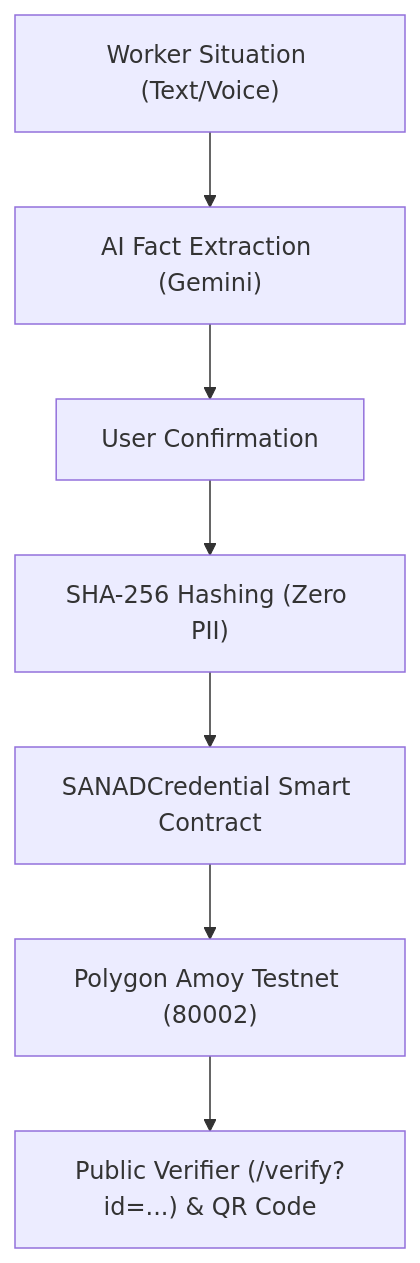
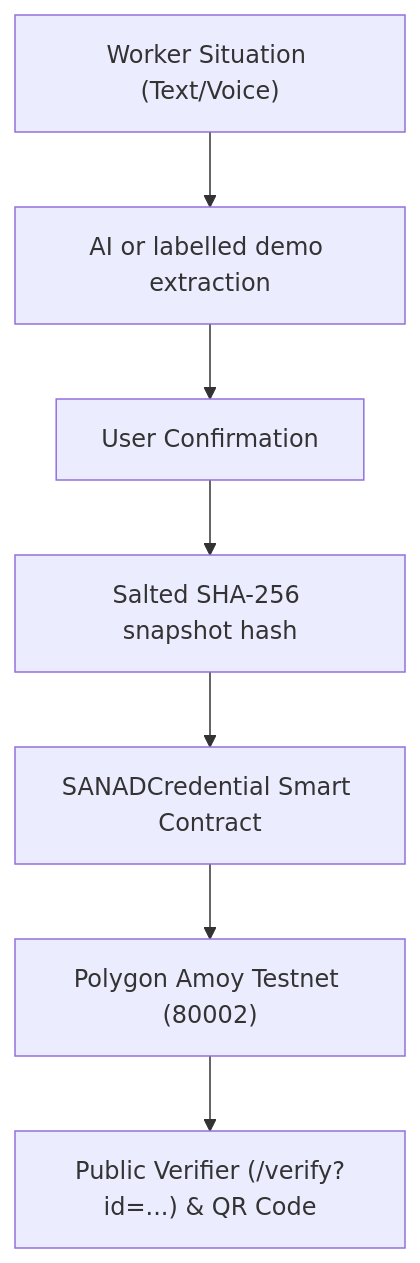
The diagram in docs/blockchain.md (maria-mustafa-b/sanad), drawn with Mermaid before and after one commit. The commit also changed other lines of this file and 9 other files, not shown here.

````diff
--- a/docs/blockchain.md
+++ b/docs/blockchain.md
@@ -9,9 +9,9 @@
 ```mermaid
 flowchart TD
-    A["Worker Situation (Text/Voice)"] --> B["AI Fact Extraction (Gemini)"]
+    A["Worker Situation (Text/Voice)"] --> B["AI or labelled demo extraction"]
     B --> C["User Confirmation"]
-    C --> D["SHA-256 Hashing (Zero PII)"]
+    C --> D["Salted SHA-256 snapshot hash"]
     D --> E["SANADCredential Smart Contract"]
     E --> F["Polygon Amoy Testnet (80002)"]
     F --> G["Public Verifier (/verify?id=...) & QR Code"]
 ```
````
